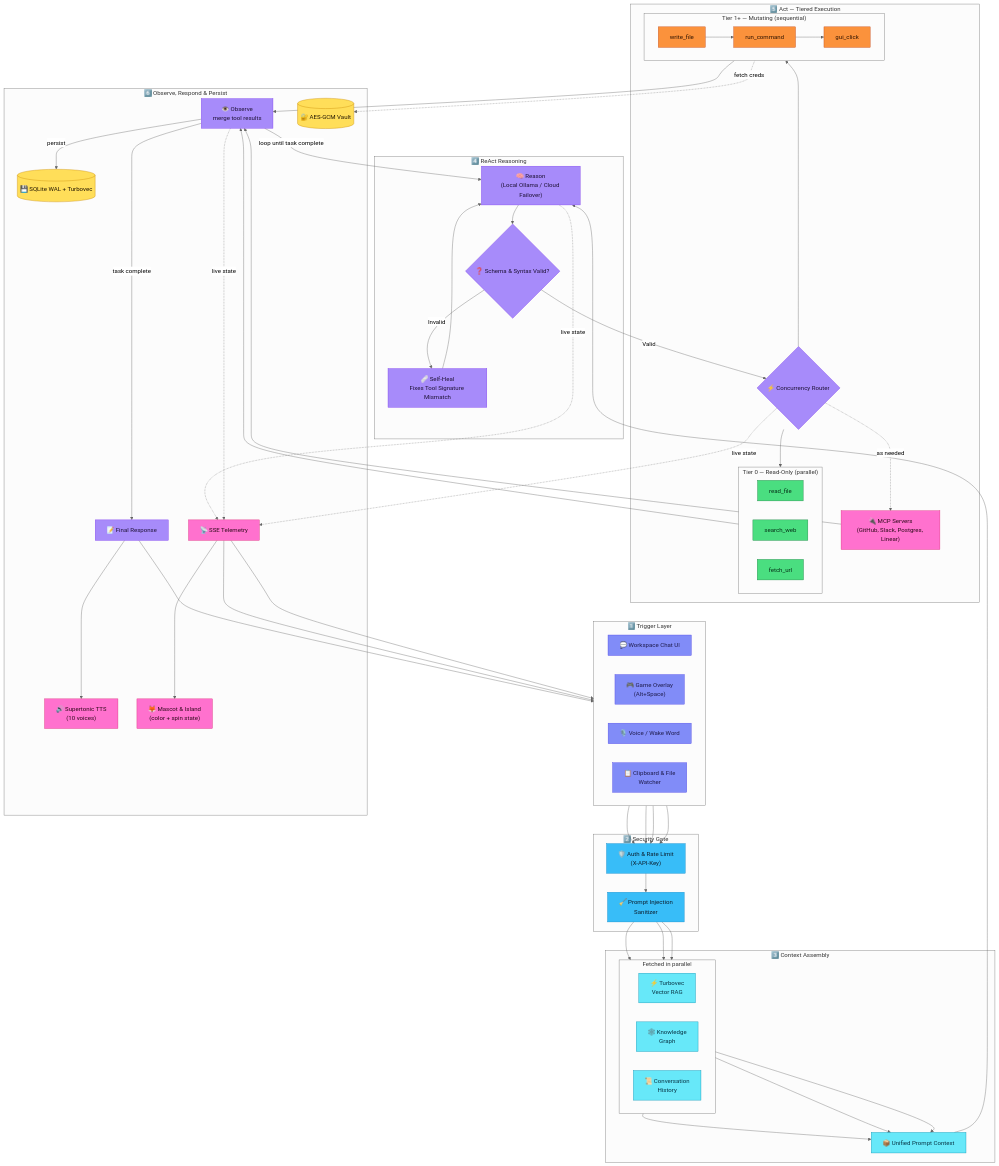
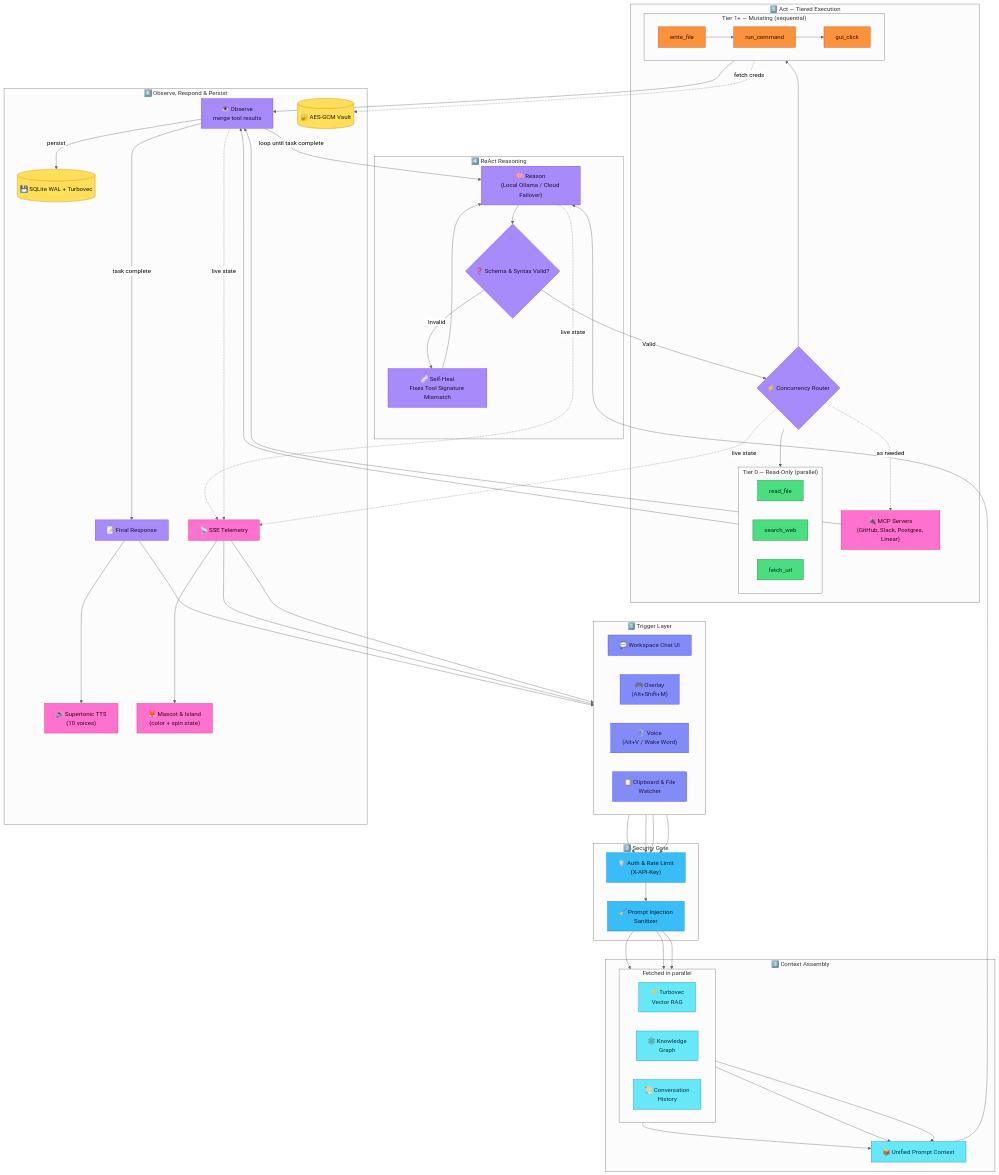
Before and after one commit to Aryan4132/Meridian-X: the diagram in README.md, drawn with Mermaid (neutral theme). The commit also changed other lines of this file, not shown here.

Commit message:
docs(readme): correct registered global shortcuts to Alt+M, Alt+Shift+M, Alt+V

```diff
--- a/README.md
+++ b/README.md
@@ -103,8 +109,8 @@
     subgraph Trigger["1️⃣ Trigger Layer"]
         direction LR
         U_UI["💬 Workspace Chat UI"]
-        U_HUD["🎮 Game Overlay<br/>(Alt+Space)"]
-        U_VOICE["🎙️ Voice / Wake Word"]
+        U_HUD["🎮 Overlay<br/>(Alt+Shift+M)"]
+        U_VOICE["🎙️ Voice<br/>(Alt+V / Wake Word)"]
         U_CLIP["📋 Clipboard & File<br/>Watcher"]
     end
 
```
